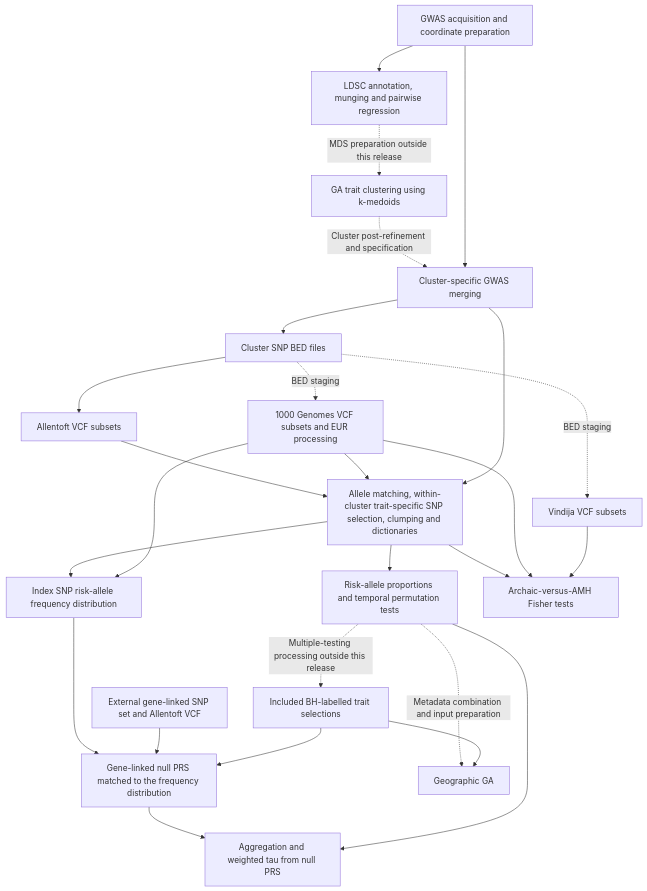
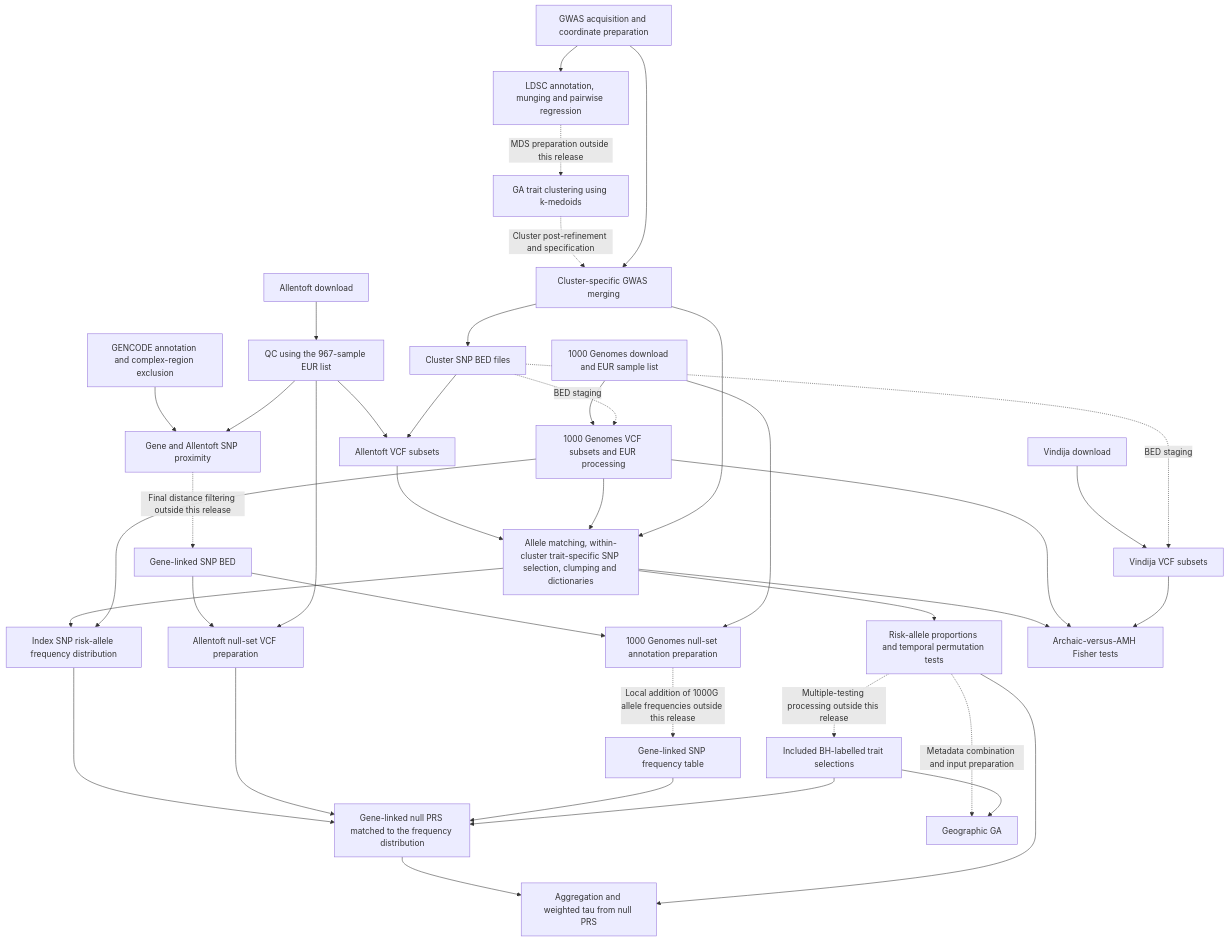
Before and after one commit to ccsbio/dietary-endophenotype-evolution: the diagram in README.md, drawn with Mermaid. The commit also changed other lines of this file and 25 other files, not shown here.

First line of the commit message:
Add Allentoft, 1000G and Vindija data collection and preprocessing

````diff
--- a/README.md
+++ b/README.md
@@ -62,28 +71,41 @@
 ```mermaid
 flowchart TD
     GWAS[GWAS acquisition and coordinate preparation] --> LDSC[LDSC annotation, munging and pairwise regression]
     LDSC -. MDS preparation outside this release .-> GA[GA trait clustering using k-medoids]
     GA -. Cluster post-refinement and specification .-> MERGE[Cluster-specific GWAS merging]
     GWAS --> MERGE
     MERGE --> BED[Cluster SNP BED files]
+    RAWA[Allentoft download] --> QC[QC using the 967-sample EUR list]
+    QC --> ADNA
+    RAWK[1000 Genomes download and EUR sample list] --> KG
+    RAWV[Vindija download] --> VIND
     BED --> ADNA[Allentoft VCF subsets]
     BED -. BED staging .-> KG[1000 Genomes VCF subsets and EUR processing]
     BED -. BED staging .-> VIND[Vindija VCF subsets]
     ADNA --> ASC[Allele matching, within-cluster trait-specific SNP selection, clumping and dictionaries]
     KG --> ASC
     MERGE --> ASC
     ASC --> TEMP[Risk-allele proportions and temporal permutation tests]
     TEMP -. Multiple-testing processing outside this release .-> SEL[Included BH-labelled trait selections]
     ASC --> AF[Index SNP risk-allele frequency distribution]
     KG --> AF
     AF --> NULL[Gene-linked null PRS matched to the frequency distribution]
-    EXT[External gene-linked SNP set and Allentoft VCF] --> NULL
+    ANNO[GENCODE annotation and complex-region exclusion] --> NEAR[Gene and Allentoft SNP proximity]
+    QC --> NEAR
+    NEAR -. Final distance filtering outside this release .-> NSET[Gene-linked SNP BED]
+    NSET --> NVCF[Allentoft null-set VCF preparation]
+    QC --> NVCF
+    NSET --> KANNO[1000 Genomes null-set annotation preparation]
+    RAWK --> KANNO
+    KANNO -. Local addition of 1000G allele frequencies outside this release .-> NAF[Gene-linked SNP frequency table]
+    NVCF --> NULL
+    NAF --> NULL
     SEL --> NULL
     NULL --> NTAU[Aggregation and weighted tau from null PRS]
     TEMP --> NTAU
     TEMP -. Metadata combination and input preparation .-> GEO[Geographic GA]
     SEL --> GEO
     ASC --> ARCH[Archaic-versus-AMH Fisher tests]
     KG --> ARCH
     VIND --> ARCH
 ```
````
